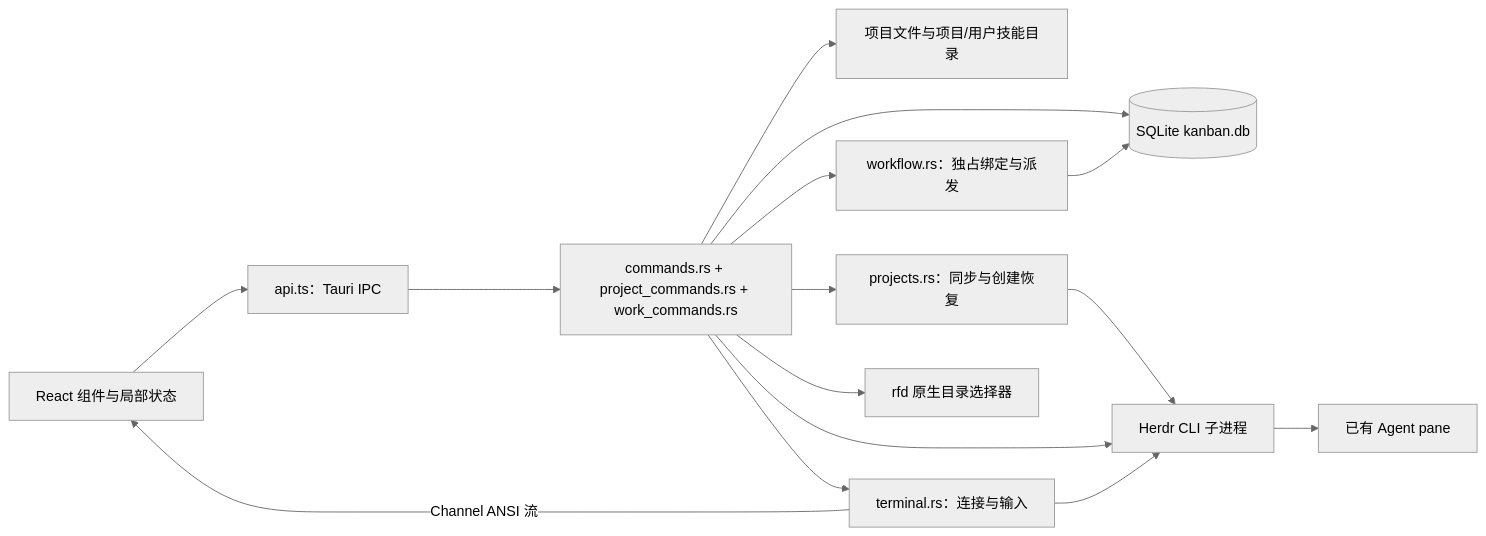
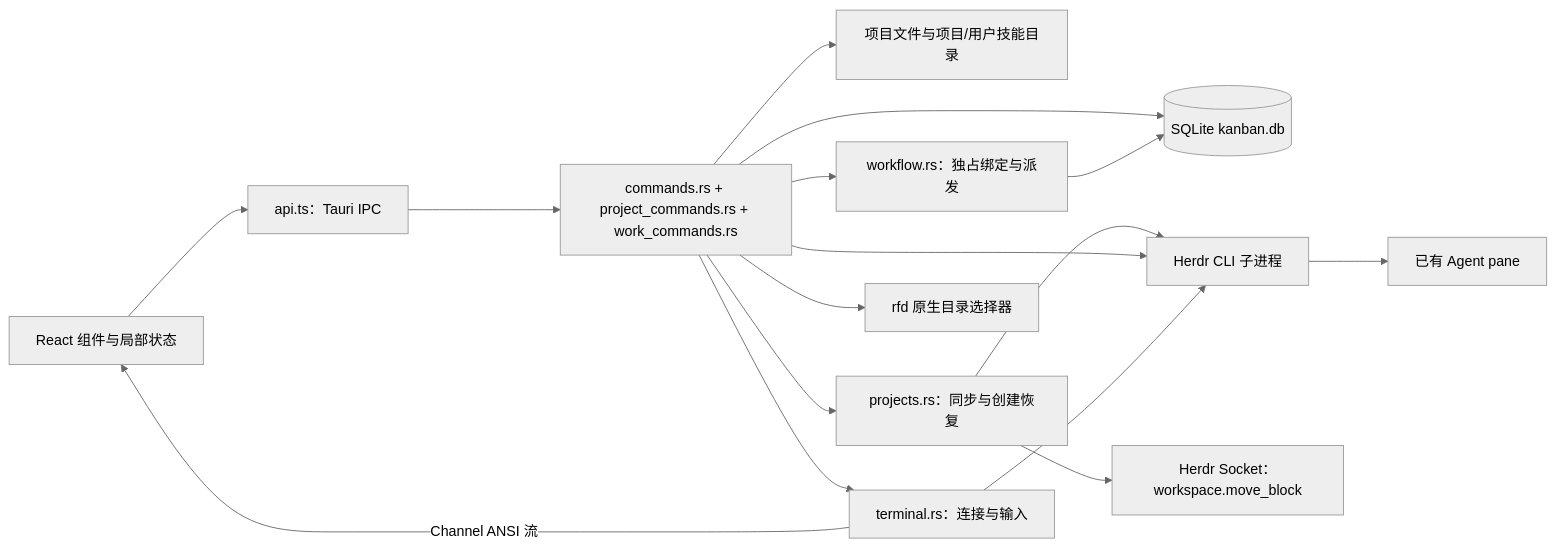
One commit to legendxcheng/ContextSwitcher changed the first of 3 diagrams in kanban_code_structure.md. Above: the diagram before and after it, drawn with Mermaid (neutral theme). The commit also changed other lines of this file and 62 other files, not shown here.

````diff
--- a/kanban_code_structure.md
+++ b/kanban_code_structure.md
@@ -25,17 +29,18 @@
 ```mermaid
 flowchart LR
     UI[React 组件与局部状态] --> API[api.ts：Tauri IPC]
     API --> CMD[commands.rs + project_commands.rs + work_commands.rs]
     CMD --> DB[(SQLite kanban.db)]
     CMD --> FILE[项目文件与项目/用户技能目录]
     CMD --> PS[projects.rs：同步与创建恢复]
     PS --> CLI
+    PS --> SOCKET[Herdr Socket：workspace.move_block]
     CMD --> CLI[Herdr CLI 子进程]
     CLI --> AGENT[已有 Agent pane]
     CMD --> WF[workflow.rs：独占绑定与派发]
     WF --> DB
     CMD --> TERM[terminal.rs：连接与输入]
     TERM --> CLI
     TERM -->|Channel ANSI 流| UI
     CMD --> PICK[rfd 原生目录选择器]
 ```
````
